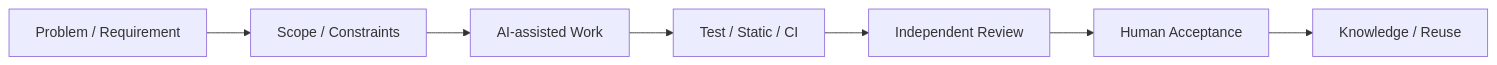
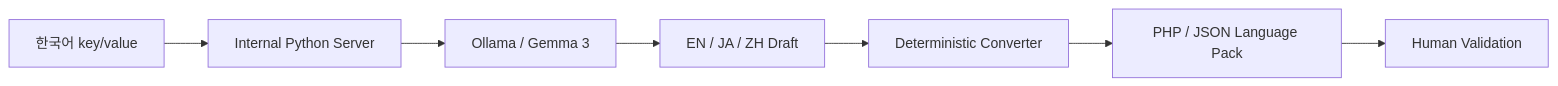
Before and after one commit to tomtomjskim/jsnetworkcorp-portfolio: the fifth of 6 diagrams in PORTFOLIO-AX.md, drawn with Mermaid. The commit also changed other lines of this file, not shown here.

````diff
--- a/PORTFOLIO-AX.md
+++ b/PORTFOLIO-AX.md
@@ -121,9 +121,9 @@
 ```mermaid
 flowchart LR
-    P[Problem / Requirement] --> S[Scope / Constraints]
-    S --> A[AI-assisted Work]
-    A --> T[Test / Static / CI]
-    T --> R[Independent Review]
-    R --> H[Human Acceptance]
-    H --> K[Knowledge / Reuse]
+    K[한국어 key/value] --> PY[Internal Python Server]
+    PY --> L[Ollama / Gemma 3]
+    L --> TR[EN / JA / ZH Draft]
+    TR --> CV[Deterministic Converter]
+    CV --> PHP[PHP / JSON Language Pack]
+    PHP --> H[Human Validation]
 ```
````
